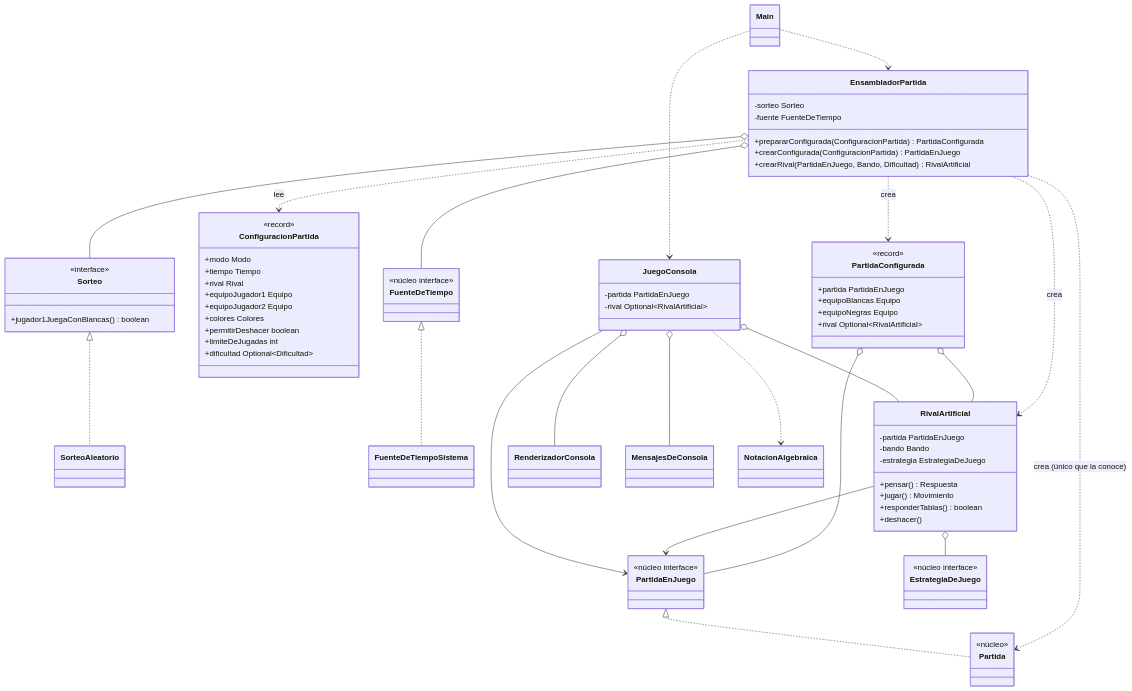
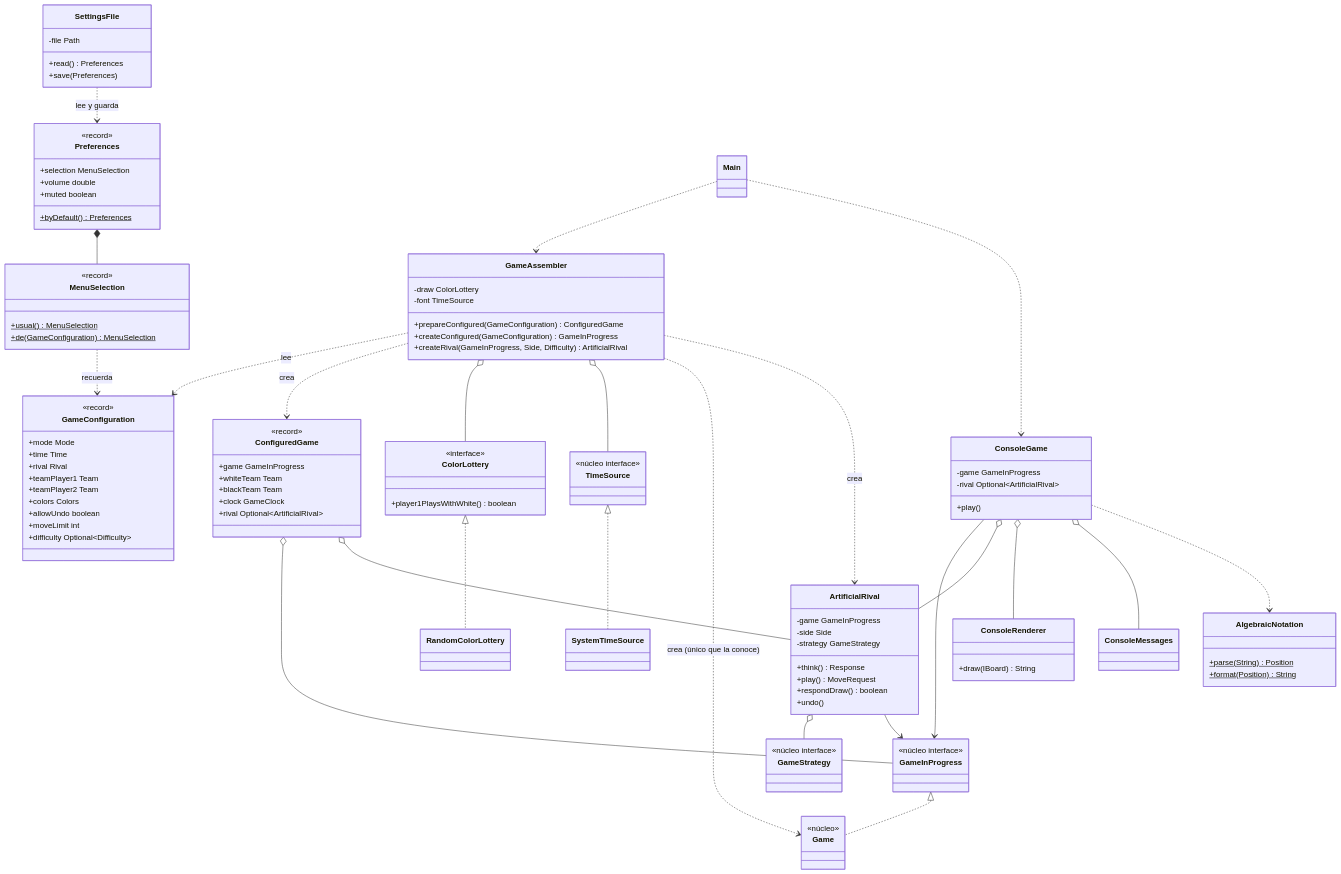
Before and after one commit to JoaquinIgnacioCampos/Chiquichess: the first of 4 diagrams in docs/uml/07-adaptadores.md, drawn with Mermaid. The commit also changed other lines of this file and 12 other files, not shown here.

First line of the commit message:
Actualiza el UML al código en inglés y suma las clases nuevas

````diff
--- a/docs/uml/07-adaptadores.md
+++ b/docs/uml/07-adaptadores.md
@@ -18,89 +25,116 @@
 classDiagram
     direction TB
 
-    class Partida {
+    class Game {
         <<núcleo>>
     }
-    class PartidaEnJuego {
+    class GameInProgress {
         <<núcleo interface>>
     }
-    class EstrategiaDeJuego {
+    class GameStrategy {
         <<núcleo interface>>
     }
-    class FuenteDeTiempo {
+    class TimeSource {
         <<núcleo interface>>
     }
 
-    class EnsambladorPartida {
-        -sorteo Sorteo
-        -fuente FuenteDeTiempo
-        +prepararConfigurada(ConfiguracionPartida) PartidaConfigurada
-        +crearConfigurada(ConfiguracionPartida) PartidaEnJuego
-        +crearRival(PartidaEnJuego, Bando, Dificultad) RivalArtificial
+    class GameAssembler {
+        -draw ColorLottery
+        -font TimeSource
+        +prepareConfigured(GameConfiguration) ConfiguredGame
+        +createConfigured(GameConfiguration) GameInProgress
+        +createRival(GameInProgress, Side, Difficulty) ArtificialRival
     }
-    class ConfiguracionPartida {
+    class GameConfiguration {
         <<record>>
-        +modo Modo
-        +tiempo Tiempo
+        +mode Mode
+        +time Time
         +rival Rival
-        +equipoJugador1 Equipo
-        +equipoJugador2 Equipo
-        +colores Colores
-        +permitirDeshacer boolean
-        +limiteDeJugadas int
-        +dificultad Optional~Dificultad~
+        +teamPlayer1 Team
+        +teamPlayer2 Team
+        +colors Colors
+        +allowUndo boolean
+        +moveLimit int
+        +difficulty Optional~Difficulty~
     }
-    class PartidaConfigurada {
+    class ConfiguredGame {
         <<record>>
-        +partida PartidaEnJuego
-        +equipoBlancas Equipo
-        +equipoNegras Equipo
-        +rival Optional~RivalArtificial~
+        +game GameInProgress
+        +whiteTeam Team
+        +blackTeam Team
+        +clock GameClock
+        +rival Optional~ArtificialRival~
     }
-    class Sorteo {
+    class MenuSelection {
+        <<record>>
+        +usual()$ MenuSelection
+        +de(GameConfiguration)$ MenuSelection
+    }
+    class Preferences {
+        <<record>>
+        +selection MenuSelection
+        +volume double
+        +muted boolean
+        +byDefault()$ Preferences
+    }
+    class SettingsFile {
+        -file Path
+        +read() Preferences
+        +save(Preferences)
+    }
+    class ColorLottery {
         <<interface>>
-        +jugador1JuegaConBlancas() boolean
+        +player1PlaysWithWhite() boolean
     }
-    class SorteoAleatorio
-    class FuenteDeTiempoSistema
-    class RivalArtificial {
-        -partida PartidaEnJuego
-        -bando Bando
-        -estrategia EstrategiaDeJuego
-        +pensar() Respuesta
-        +jugar() Movimiento
-        +responderTablas() boolean
-        +deshacer()
+    class RandomColorLottery
+    class SystemTimeSource
+    class ArtificialRival {
+        -game GameInProgress
+        -side Side
+        -strategy GameStrategy
+        +think() Response
+        +play() MoveRequest
+        +respondDraw() boolean
+        +undo()
     }
 
     class Main
-    class JuegoConsola {
-        -partida PartidaEnJuego
-        -rival Optional~RivalArtificial~
+    class ConsoleGame {
+        -game GameInProgress
+        -rival Optional~ArtificialRival~
+        +play()
     }
-    class RenderizadorConsola
-    class MensajesDeConsola
-    class NotacionAlgebraica
+    class ConsoleRenderer {
+        +draw(IBoard) String
+    }
+    class ConsoleMessages
+    class AlgebraicNotation {
+        +parse(String)$ Position
+        +format(Position)$ String
+    }
 
-    EnsambladorPartida ..> ConfiguracionPartida : lee
-    EnsambladorPartida ..> PartidaConfigurada : crea
-    EnsambladorPartida o-- Sorteo
-    EnsambladorPartida o-- FuenteDeTiempo
-    EnsambladorPartida ..> Partida : crea (único que la conoce)
-    PartidaEnJuego <|.. Partida
-    EnsambladorPartida ..> RivalArtificial : crea
-    Sorteo <|.. SorteoAleatorio
-    FuenteDeTiempo <|.. FuenteDeTiempoSistema
-    PartidaConfigurada o-- PartidaEnJuego
-    PartidaConfigurada o-- RivalArtificial
-    RivalArtificial o-- EstrategiaDeJuego
-    RivalArtificial --> PartidaEnJuego
+    GameAssembler ..> GameConfiguration : lee
+    GameAssembler ..> ConfiguredGame : crea
+    GameAssembler o-- ColorLottery
+    GameAssembler o-- TimeSource
+    GameAssembler ..> Game : crea (único que la conoce)
+    GameInProgress <|.. Game
+    GameAssembler ..> ArtificialRival : crea
+    ColorLottery <|.. RandomColorLottery
+    TimeSource <|.. SystemTimeSource
+    ConfiguredGame o-- GameInProgress
+    ConfiguredGame o-- ArtificialRival
+    MenuSelection ..> GameConfiguration : recuerda
+    Preferences *-- MenuSelection
+    SettingsFile ..> Preferences : lee y guarda
+    ArtificialRival o-- GameStrategy
+    ArtificialRival --> GameInProgress
 
-    Main ..> EnsambladorPartida
-    Main ..> JuegoConsola
-    JuegoConsola --> PartidaEnJuego
-    JuegoConsola o-- RivalArtificial
-    JuegoConsola o-- RenderizadorConsola
-    JuegoConsola o-- MensajesDeConsola
-    JuegoConsola ..> NotacionAlgebraica
+    Main ..> GameAssembler
+    Main ..> ConsoleGame
+    ConsoleGame --> GameInProgress
+    ConsoleGame o-- ArtificialRival
+    ConsoleGame o-- ConsoleRenderer
+    ConsoleGame o-- ConsoleMessages
+    ConsoleGame ..> AlgebraicNotation
 ```
````
